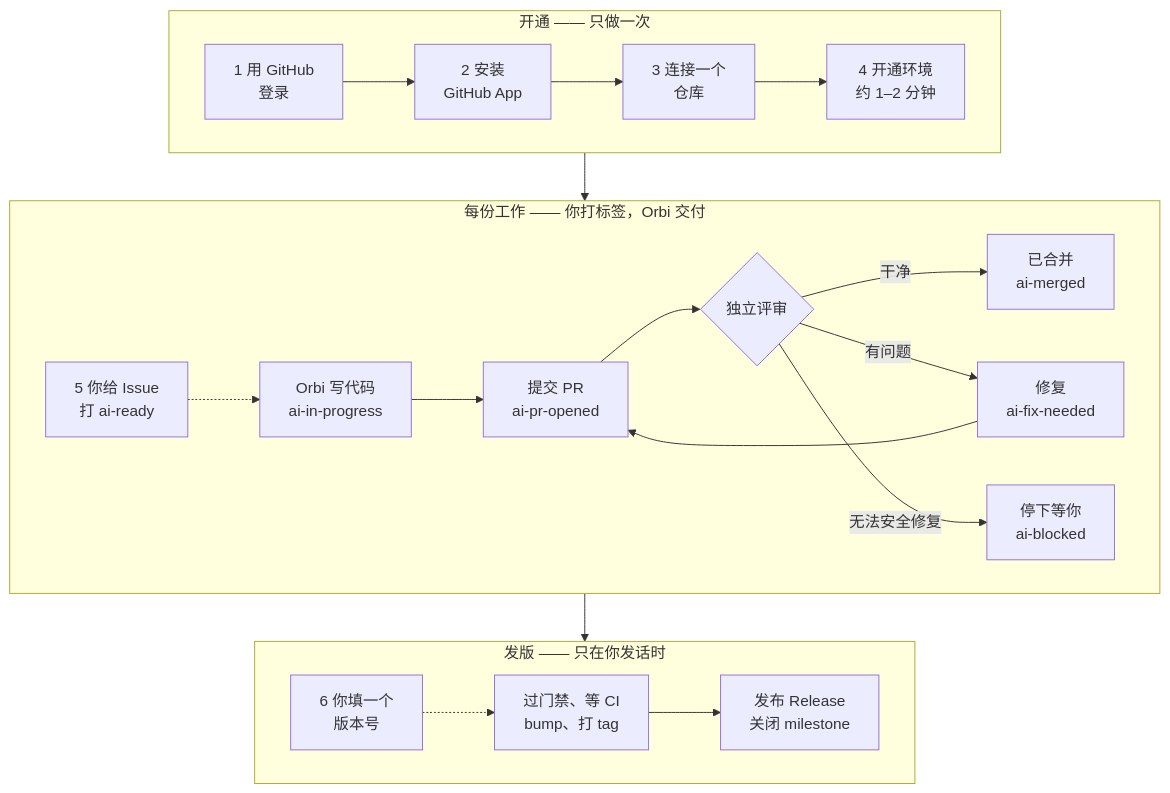
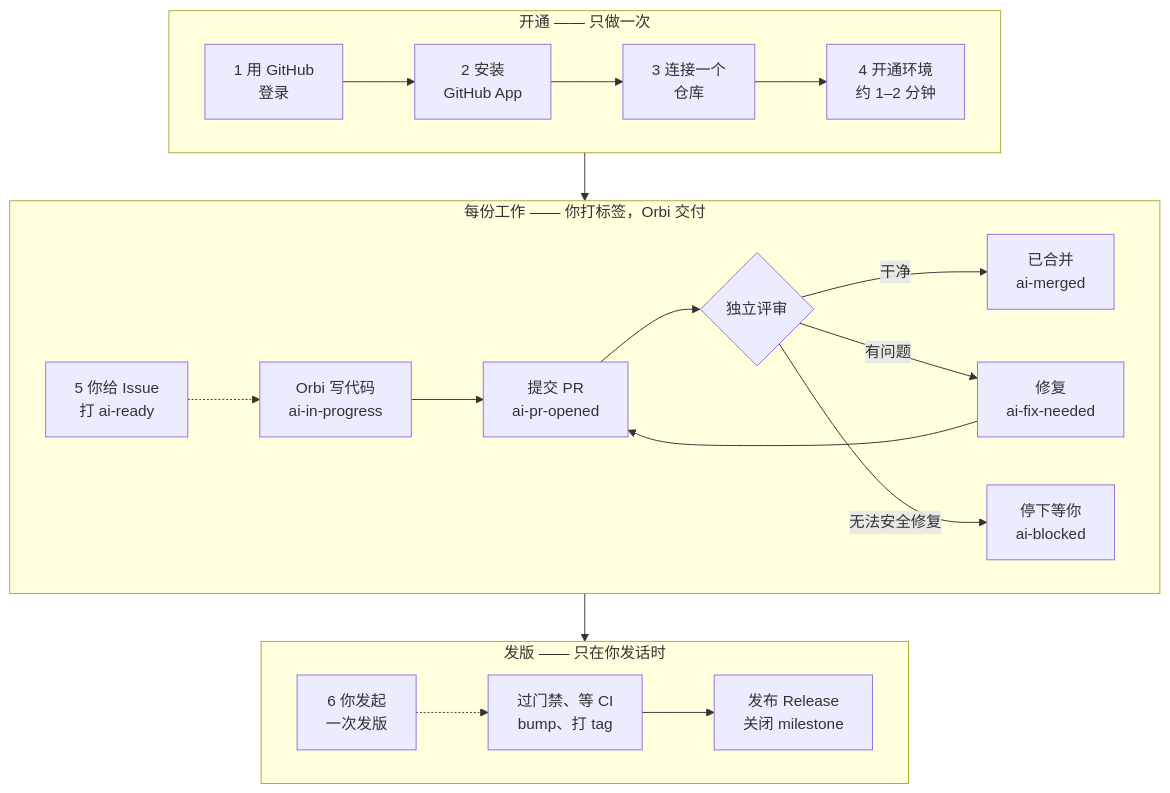
The first of 2 diagrams in zh/index.mdx (orbi-build/orbi-cloud-docs), drawn with Mermaid before and after one commit. The commit also changed other lines of this file and 64 other files, not shown here.

````diff
--- a/zh/index.mdx
+++ b/zh/index.mdx
@@ -17,22 +17,22 @@
 ```mermaid
 flowchart TD
   subgraph setup["开通 —— 只做一次"]
     direction LR
     s1["1 用 GitHub<br/>登录"] --> s2["2 安装<br/>GitHub App"] --> s3["3 连接一个<br/>仓库"] --> s4["4 开通环境<br/>约 1–2 分钟"]
   end
 
   subgraph work["每份工作 —— 你打标签，Orbi 交付"]
     direction LR
     w1["5 你给 Issue<br/>打 ai-ready"] -.-> w2["Orbi 写代码<br/>ai-in-progress"] --> w3["提交 PR<br/>ai-pr-opened"] --> w4{"独立评审"}
     w4 -->|干净| w5["已合并<br/>ai-merged"]
     w4 -->|有问题| w6["修复<br/>ai-fix-needed"] --> w3
     w4 -->|无法安全修复| w7["停下等你<br/>ai-blocked"]
   end
 
   subgraph rel["发版 —— 只在你发话时"]
     direction LR
-    r1["6 你填一个<br/>版本号"] -.-> r2["过门禁、等 CI<br/>bump、打 tag"] --> r3["发布 Release<br/>关闭 milestone"]
+    r1["6 你发起<br/>一次发版"] -.-> r2["过门禁、等 CI<br/>bump、打 tag"] --> r3["发布 Release<br/>关闭 milestone"]
   end
 
   setup --> work --> rel
 ```
````
